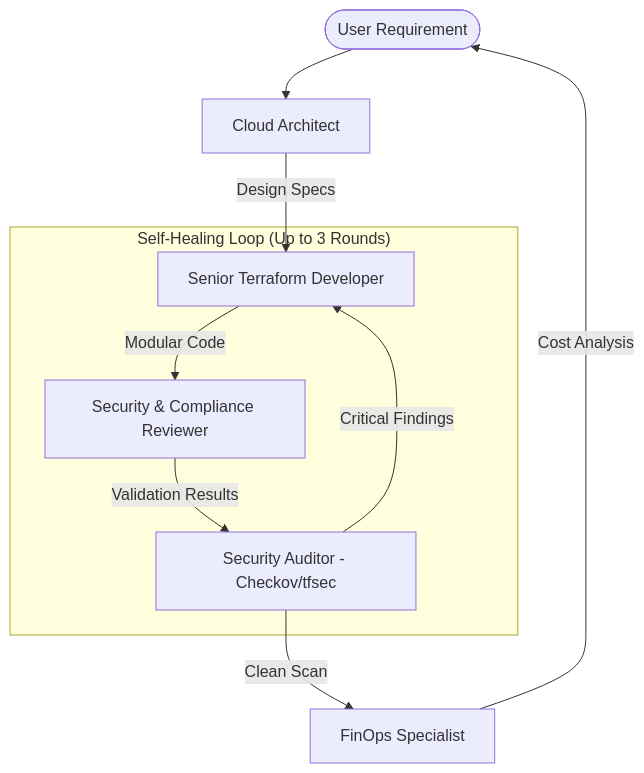
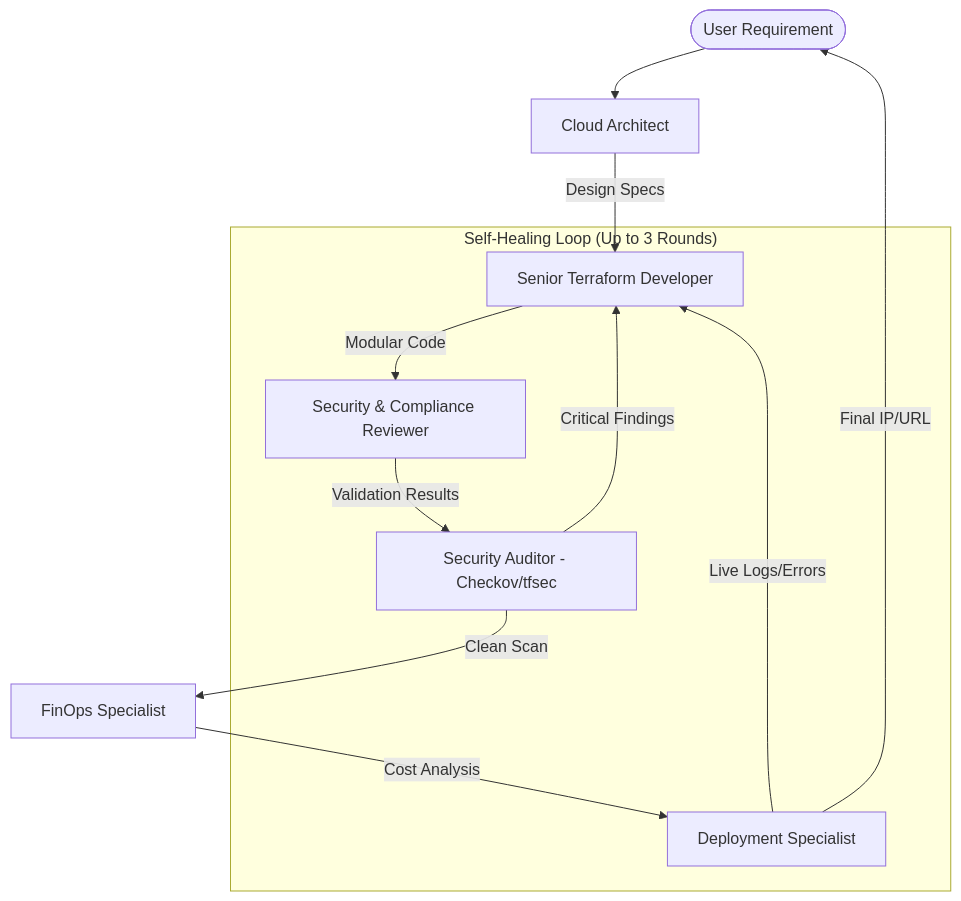
The diagram in MULTI_AGENT_ARCHITECTURE.md (csae99/Terraform-AI-Agent), drawn with Mermaid before and after one commit. The commit also changed other lines of this file and 6 other files, not shown here.

````diff
--- a/MULTI_AGENT_ARCHITECTURE.md
+++ b/MULTI_AGENT_ARCHITECTURE.md
@@ -11,16 +11,19 @@
 ```mermaid
 graph TD
     User([User Requirement]) --> Architect[Cloud Architect]
     Architect -->|Design Specs| Developer[Senior Terraform Developer]
     Developer -->|Modular Code| Reviewer[Security & Compliance Reviewer]
     Reviewer -->|Validation Results| Auditor[Security Auditor - Checkov/tfsec]
     Auditor -->|Critical Findings| Developer
     Auditor -->|Clean Scan| FinOps[FinOps Specialist]
-    FinOps -->|Cost Analysis| User
+    FinOps -->|Cost Analysis| Deployer[Deployment Specialist]
+    Deployer -->|Live Logs/Errors| Developer
+    Deployer -->|Final IP/URL| User
     
     subgraph "Self-Healing Loop (Up to 3 Rounds)"
     Developer
     Reviewer
     Auditor
+    Deployer
     end
 ```
````
